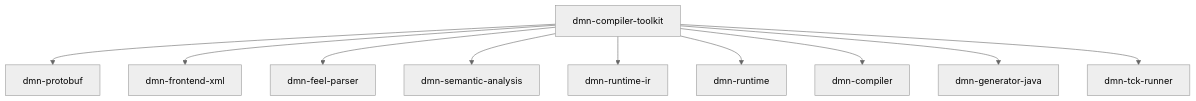
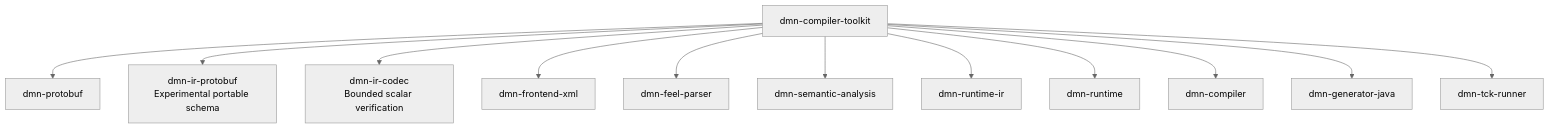
One commit to finmsg-io/dmn-compiler-toolkit changed the first of 2 diagrams in docs/architecture/architecture-spec.md. Above: the diagram before and after it, drawn with Mermaid. The commit also changed other lines of this file and 38 other files, not shown here.

Commit message:
feat(dmnir): add scalar portable IR pipeline and DMN 1.6 export

````diff
--- a/docs/architecture/architecture-spec.md
+++ b/docs/architecture/architecture-spec.md
@@ -46,13 +57,15 @@
 ```mermaid
 %%{init: {'theme':'neutral'}}%%
 flowchart TD
     Root["dmn-compiler-toolkit"] --> Proto["dmn-protobuf"]
+    Root --> Portable["dmn-ir-protobuf<br/>Experimental portable schema"]
+    Root --> Codec["dmn-ir-codec<br/>Bounded scalar verification"]
     Root --> Front["dmn-frontend-xml"]
     Root --> Feel["dmn-feel-parser"]
     Root --> Sem["dmn-semantic-analysis"]
     Root --> IR["dmn-runtime-ir"]
     Root --> Runtime["dmn-runtime"]
     Root --> Comp["dmn-compiler"]
     Root --> JavaGen["dmn-generator-java"]
     Root --> TCK["dmn-tck-runner"]
 ```
````
